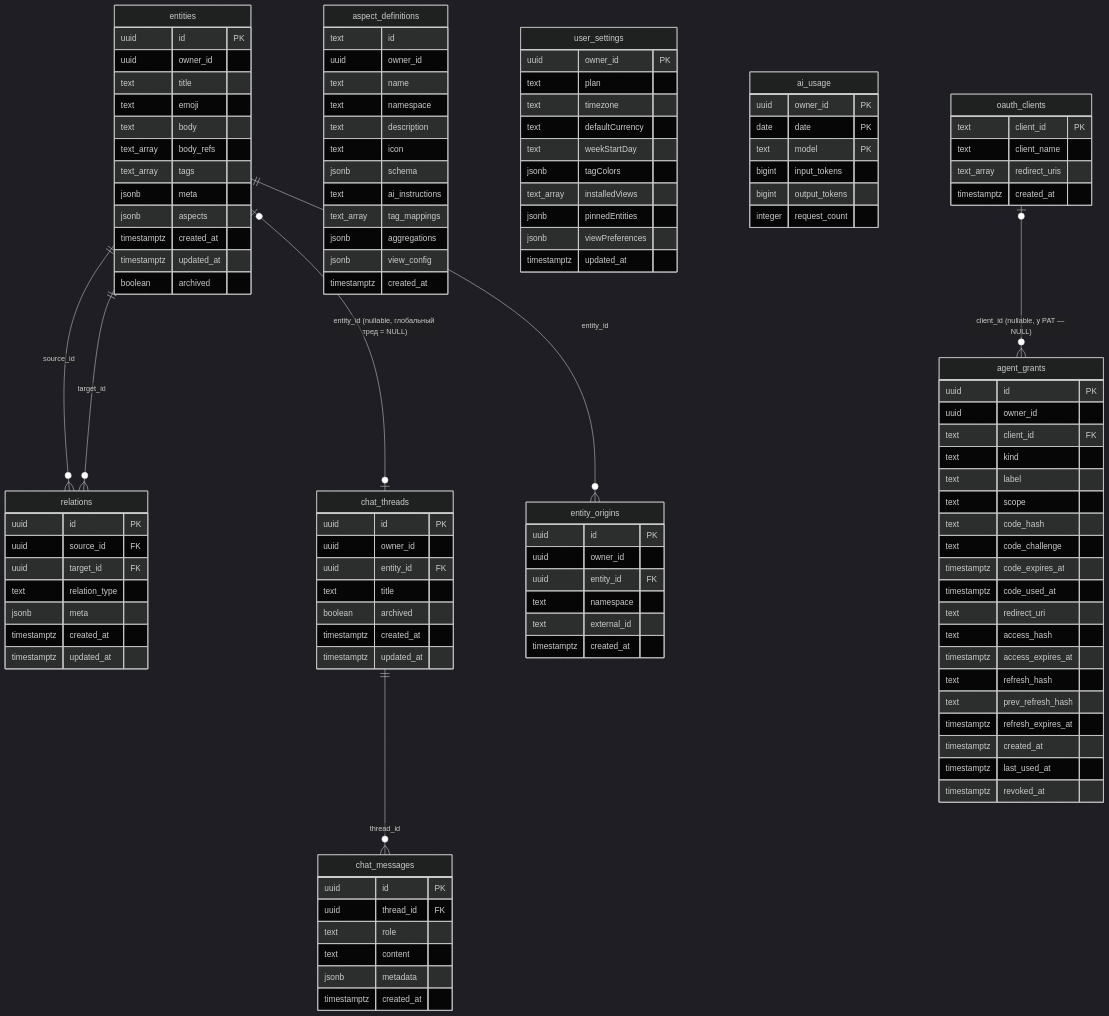
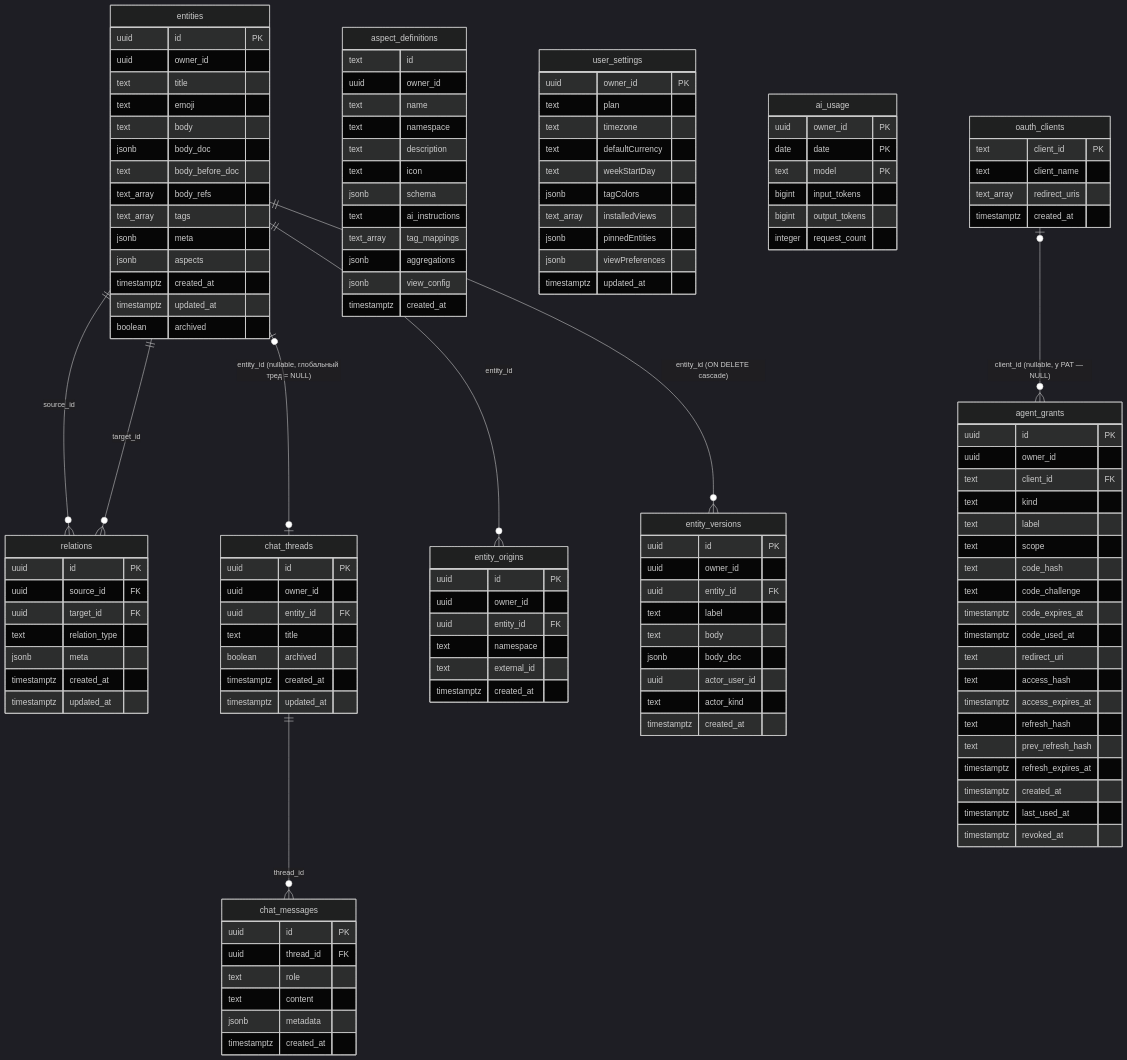
Before and after one commit to qvenge/orbis: the eighth of 8 diagrams in docs/implementation/00-architecture.md, drawn with Mermaid (dark theme). The commit also changed other lines of this file and 6 other files, not shown here.

```diff
--- a/docs/implementation/00-architecture.md
+++ b/docs/implementation/00-architecture.md
@@ -341,6 +341,8 @@
         text title
         text emoji
         text body
+        jsonb body_doc
+        text body_before_doc
         text_array body_refs
         text_array tags
         jsonb meta
@@ -425,6 +427,18 @@
         timestamptz created_at
     }
 
+    entity_versions {
+        uuid id PK
+        uuid owner_id
+        uuid entity_id FK
+        text label
+        text body
+        jsonb body_doc
+        uuid actor_user_id
+        text actor_kind
+        timestamptz created_at
+    }
+
     oauth_clients {
         text client_id PK
         text client_name
@@ -457,6 +471,7 @@
     entities ||--o{ relations : "source_id"
     entities ||--o{ relations : "target_id"
     entities ||--o{ entity_origins : "entity_id"
+    entities ||--o{ entity_versions : "entity_id (ON DELETE cascade)"
     entities |o--o| chat_threads : "entity_id (nullable, глобальный тред = NULL)"
     chat_threads ||--o{ chat_messages : "thread_id"
     oauth_clients |o--o{ agent_grants : "client_id (nullable, у PAT — NULL)"
```
